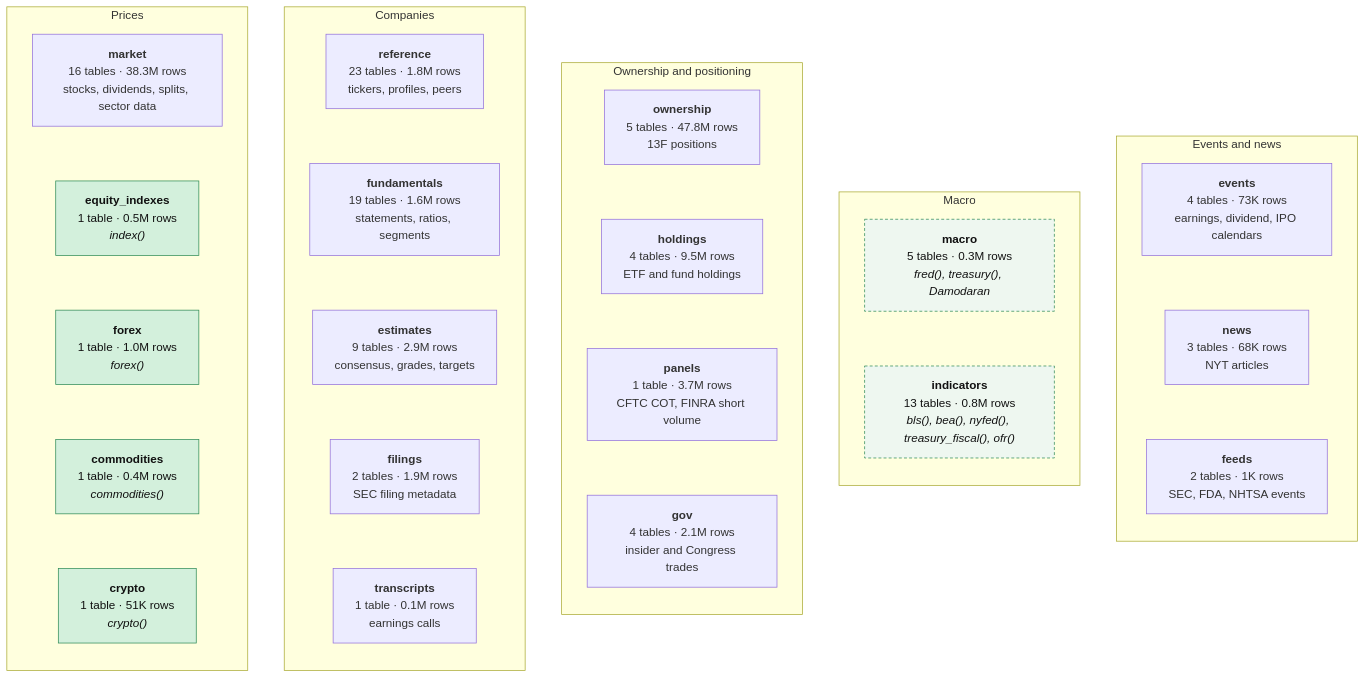
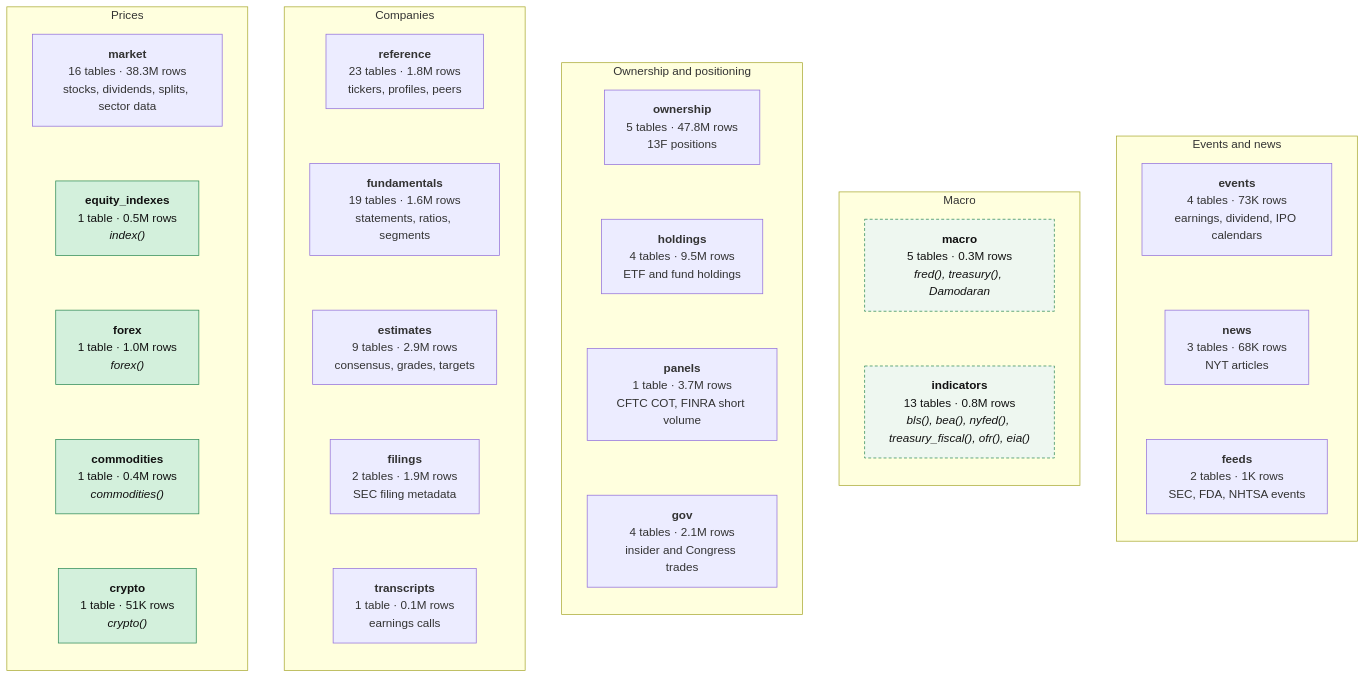
Before and after one commit to AnshArora04/arora_data: the third of 3 diagrams in README.md, drawn with Mermaid. The commit also changed other lines of this file and 6 other files, not shown here.

First line of the commit message:
feat: eia() and eia_series() over indicators.eia

````diff
--- a/README.md
+++ b/README.md
@@ -81,48 +81,48 @@
 ```mermaid
 flowchart LR
   subgraph PR["Prices"]
     direction TB
     market["<b>market</b><br/>16 tables · 38.3M rows<br/>stocks, dividends, splits, sector data"]
     equity_indexes["<b>equity_indexes</b><br/>1 table · 0.5M rows<br/><i>index()</i>"]
     forex["<b>forex</b><br/>1 table · 1.0M rows<br/><i>forex()</i>"]
     commodities["<b>commodities</b><br/>1 table · 0.4M rows<br/><i>commodities()</i>"]
     crypto["<b>crypto</b><br/>1 table · 51K rows<br/><i>crypto()</i>"]
   end
   subgraph CO["Companies"]
     direction TB
     reference["<b>reference</b><br/>23 tables · 1.8M rows<br/>tickers, profiles, peers"]
     fundamentals["<b>fundamentals</b><br/>19 tables · 1.6M rows<br/>statements, ratios, segments"]
     estimates["<b>estimates</b><br/>9 tables · 2.9M rows<br/>consensus, grades, targets"]
     filings["<b>filings</b><br/>2 tables · 1.9M rows<br/>SEC filing metadata"]
     transcripts["<b>transcripts</b><br/>1 table · 0.1M rows<br/>earnings calls"]
   end
   subgraph OW["Ownership and positioning"]
     direction TB
     ownership["<b>ownership</b><br/>5 tables · 47.8M rows<br/>13F positions"]
     holdings["<b>holdings</b><br/>4 tables · 9.5M rows<br/>ETF and fund holdings"]
     panels["<b>panels</b><br/>1 table · 3.7M rows<br/>CFTC COT, FINRA short volume"]
     gov["<b>gov</b><br/>4 tables · 2.1M rows<br/>insider and Congress trades"]
   end
   subgraph MA["Macro"]
     direction TB
     macro["<b>macro</b><br/>5 tables · 0.3M rows<br/><i>fred(), treasury(), Damodaran</i>"]
-    indicators["<b>indicators</b><br/>13 tables · 0.8M rows<br/><i>bls(), bea(), nyfed(), treasury_fiscal(), ofr()</i>"]
+    indicators["<b>indicators</b><br/>13 tables · 0.8M rows<br/><i>bls(), bea(), nyfed(), treasury_fiscal(), ofr(), eia()</i>"]
   end
   subgraph EV["Events and news"]
     direction TB
     events["<b>events</b><br/>4 tables · 73K rows<br/>earnings, dividend, IPO calendars"]
     news["<b>news</b><br/>3 tables · 68K rows<br/>NYT articles"]
     feeds["<b>feeds</b><br/>2 tables · 1K rows<br/>SEC, FDA, NHTSA events"]
   end
   PR ~~~ CO ~~~ OW ~~~ MA ~~~ EV
   market ~~~ equity_indexes ~~~ forex ~~~ commodities ~~~ crypto
   reference ~~~ fundamentals ~~~ estimates ~~~ filings ~~~ transcripts
   ownership ~~~ holdings ~~~ panels ~~~ gov
   macro ~~~ indicators
   events ~~~ news ~~~ feeds
 
   classDef read fill:#d3f0dc,stroke:#2e8b57,color:#111
   classDef part fill:#eef7f0,stroke:#2e8b57,stroke-dasharray:4 3,color:#111
   class equity_indexes,forex,commodities,crypto read
   class macro,indicators part
 ```
````
